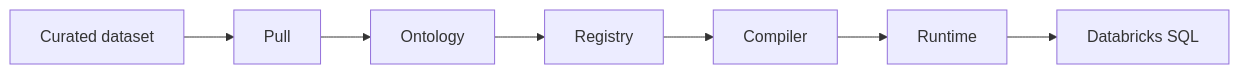
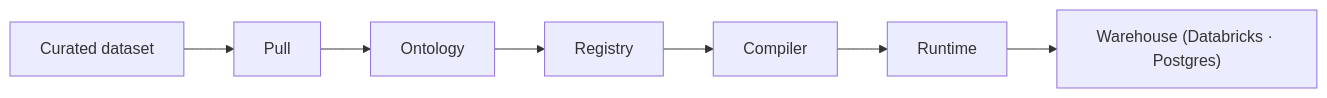
The second of 3 diagrams in README.md (trybacked/anchor), drawn with Mermaid before and after one commit. The commit also changed other lines of this file and 166 other files, not shown here.

````diff
--- a/README.md
+++ b/README.md
@@ -94,9 +96,9 @@
 ```mermaid
 flowchart LR
   dataset["Curated dataset"] --> pull["Pull"]
   pull --> ontology["Ontology"]
   ontology --> registry["Registry"]
   registry --> compiler["Compiler"]
   compiler --> runtime["Runtime"]
-  runtime --> databricks["Databricks SQL"]
+  runtime --> warehouse["Warehouse (Databricks · Postgres)"]
 ```
````
